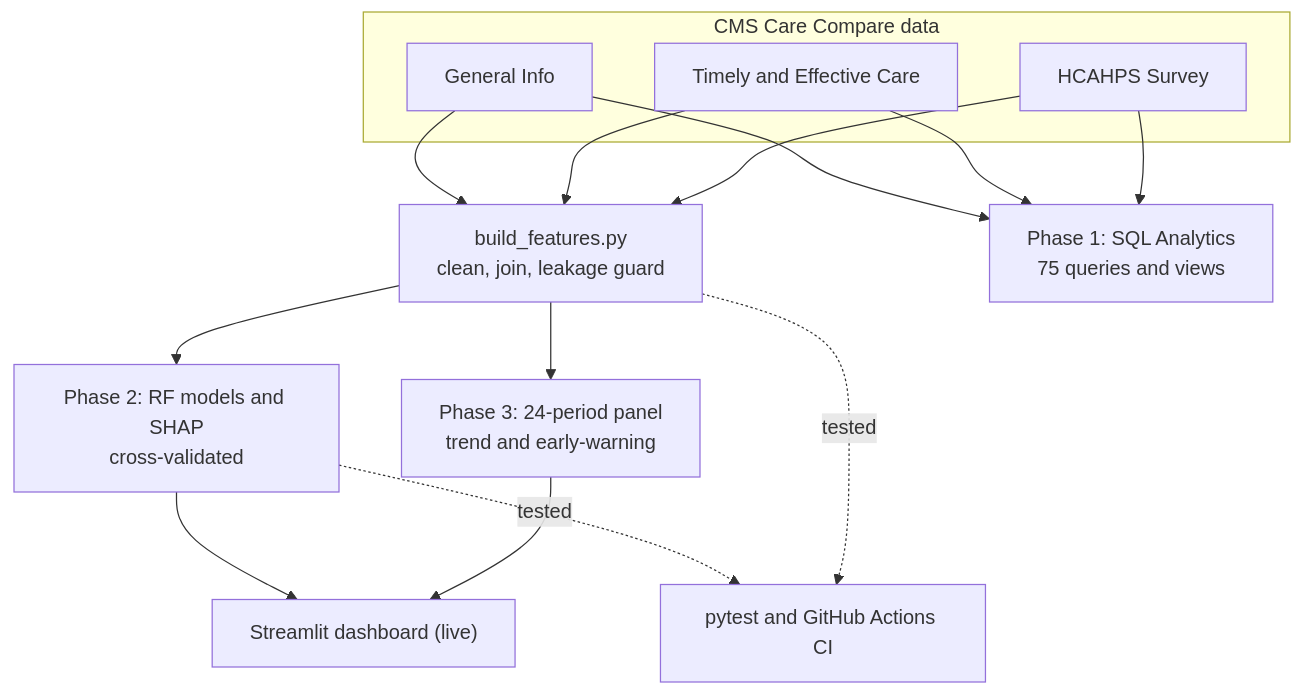
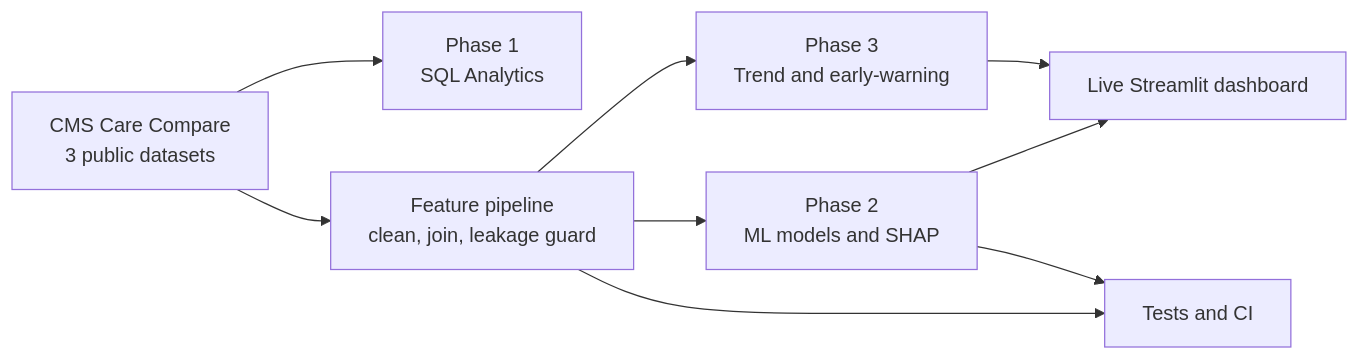
The diagram in README.md (jumma786/hospital-quality-intelligence), drawn with Mermaid before and after one commit.

Commit message:
Simplify Mermaid to a subgraph-free flowchart for reliable GitHub rendering

````diff
--- a/README.md
+++ b/README.md
@@ -54,21 +54,11 @@
 ```mermaid
-flowchart TD
-    subgraph SRC["CMS Care Compare data"]
-        A["General Info"]
-        B["Timely and Effective Care"]
-        C["HCAHPS Survey"]
-    end
-
-    A --> FE["build_features.py<br/>clean, join, leakage guard"]
-    B --> FE
-    C --> FE
-    A --> SQL["Phase 1: SQL Analytics<br/>75 queries and views"]
-    B --> SQL
-    C --> SQL
-    FE --> ML["Phase 2: RF models and SHAP<br/>cross-validated"]
-    FE --> PANEL["Phase 3: 24-period panel<br/>trend and early-warning"]
-    ML --> APP["Streamlit dashboard (live)"]
-    PANEL --> APP
-    ML -.->|tested| CI["pytest and GitHub Actions CI"]
-    FE -.->|tested| CI
+flowchart LR
+    DATA["CMS Care Compare<br>3 public datasets"] --> SQL["Phase 1<br>SQL Analytics"]
+    DATA --> FE["Feature pipeline<br>clean, join, leakage guard"]
+    FE --> ML["Phase 2<br>ML models and SHAP"]
+    FE --> TREND["Phase 3<br>Trend and early-warning"]
+    ML --> APP["Live Streamlit dashboard"]
+    TREND --> APP
+    FE --> CI["Tests and CI"]
+    ML --> CI
 ```
````
